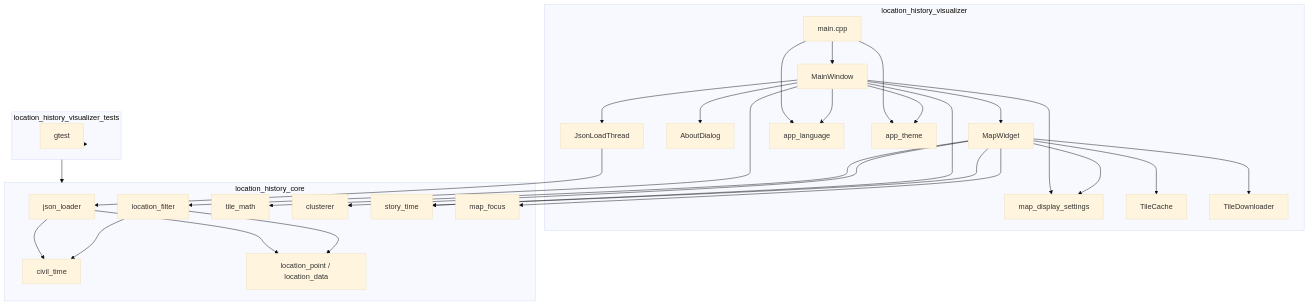
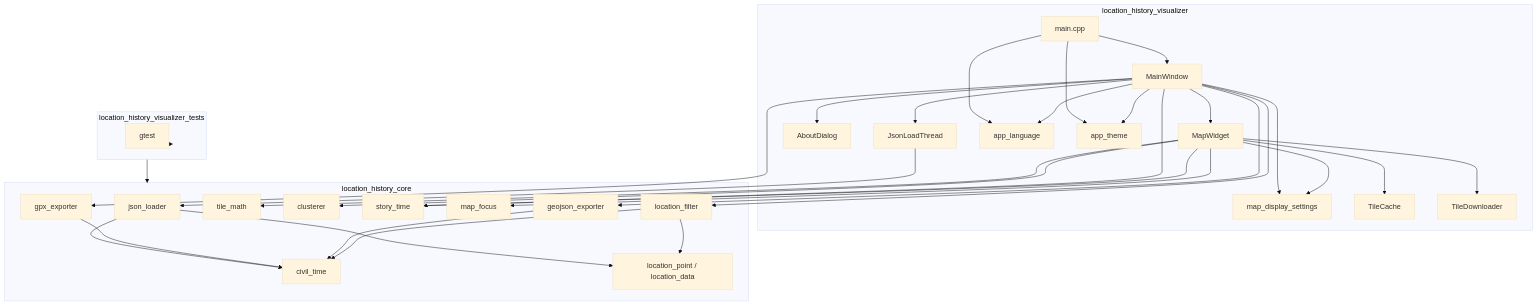
Before and after one commit to ViezTrinker/location-history-visualizer: the first of 2 diagrams in doc/architecture.md, drawn with Mermaid (base theme). The commit also changed 37 other files, not shown here.

````diff
--- a/doc/architecture.md
+++ b/doc/architecture.md
@@ -11,56 +11,62 @@
 ```mermaid
 flowchart TB
   subgraph app [location_history_visualizer]
     mainCpp[main.cpp]
     mainWindow[MainWindow]
     mapWidget[MapWidget]
     aboutDialog[AboutDialog]
     jsonLoadThread[JsonLoadThread]
     appLanguage[app_language]
     appTheme[app_theme]
     mapDisplaySettings[map_display_settings]
     tileCache[TileCache]
     tileDownloader[TileDownloader]
   end
 
   subgraph core [location_history_core]
     jsonLoader[json_loader]
     filter[location_filter]
     civilTime[civil_time]
     tileMath[tile_math]
     clusterer[clusterer]
     storyTime[story_time]
     mapFocus[map_focus]
+    gpxExporter[gpx_exporter]
+    geojsonExporter[geojson_exporter]
     dataModel[location_point / location_data]
   end
 
   subgraph tests [location_history_visualizer_tests]
     gtest[gtest]
   end
 
   mainCpp --> mainWindow
   mainCpp --> appLanguage
   mainCpp --> appTheme
   mainWindow --> mapWidget
   mainWindow --> aboutDialog
   mainWindow --> appLanguage
   mainWindow --> appTheme
   mainWindow --> mapDisplaySettings
   mapWidget --> mapDisplaySettings
   mainWindow --> jsonLoadThread
   jsonLoadThread --> jsonLoader
   mainWindow --> filter
   mainWindow --> storyTime
+  mainWindow --> gpxExporter
+  mainWindow --> geojsonExporter
   mapWidget --> tileCache
   mapWidget --> tileDownloader
   mapWidget --> tileMath
   mapWidget --> clusterer
   mapWidget --> storyTime
   mapWidget --> mapFocus
   jsonLoader --> dataModel
   jsonLoader --> civilTime
+  gpxExporter --> civilTime
+  geojsonExporter --> civilTime
   filter --> dataModel
   filter --> civilTime
   tests --> core
   tests --> gtest
 ```
````
